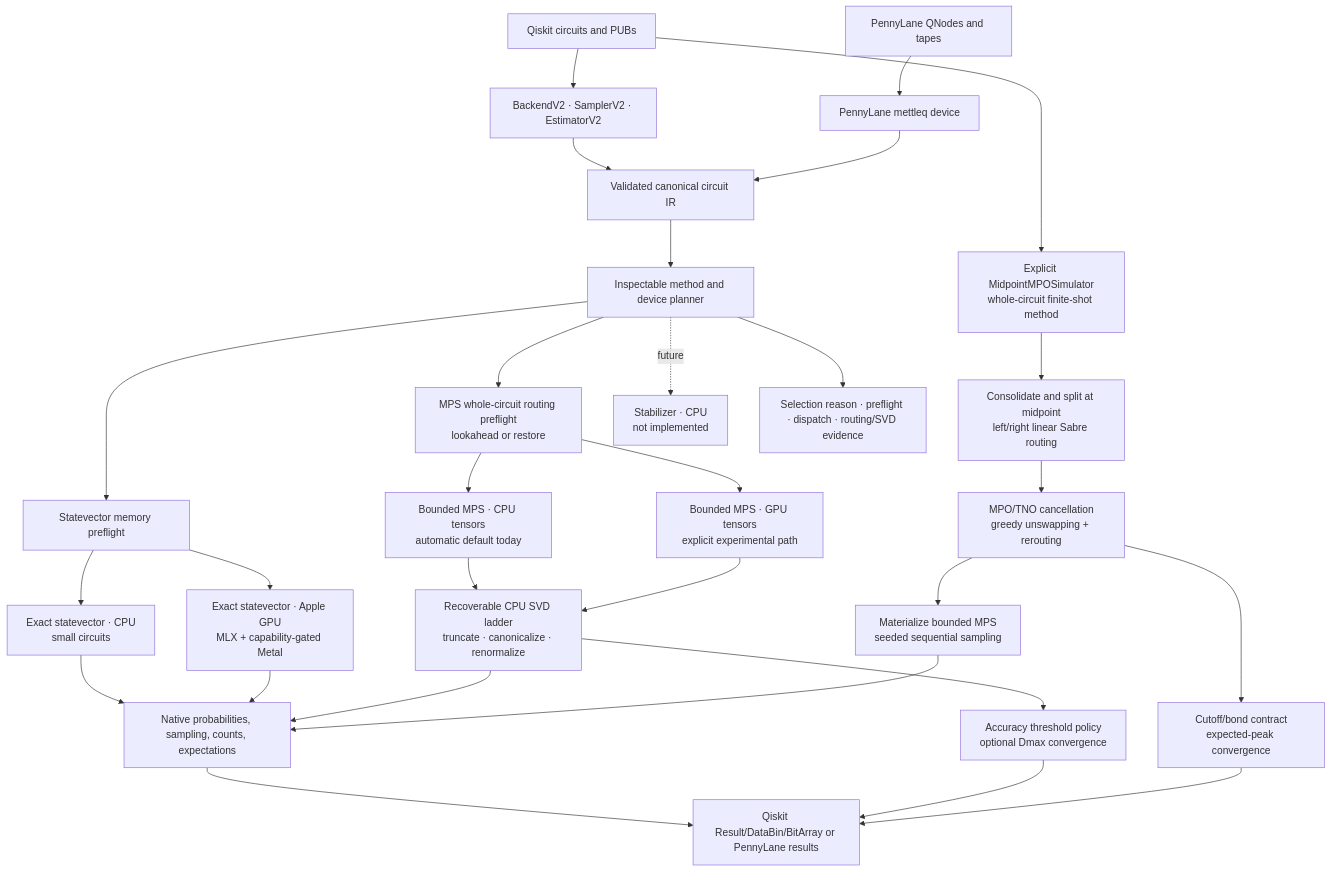
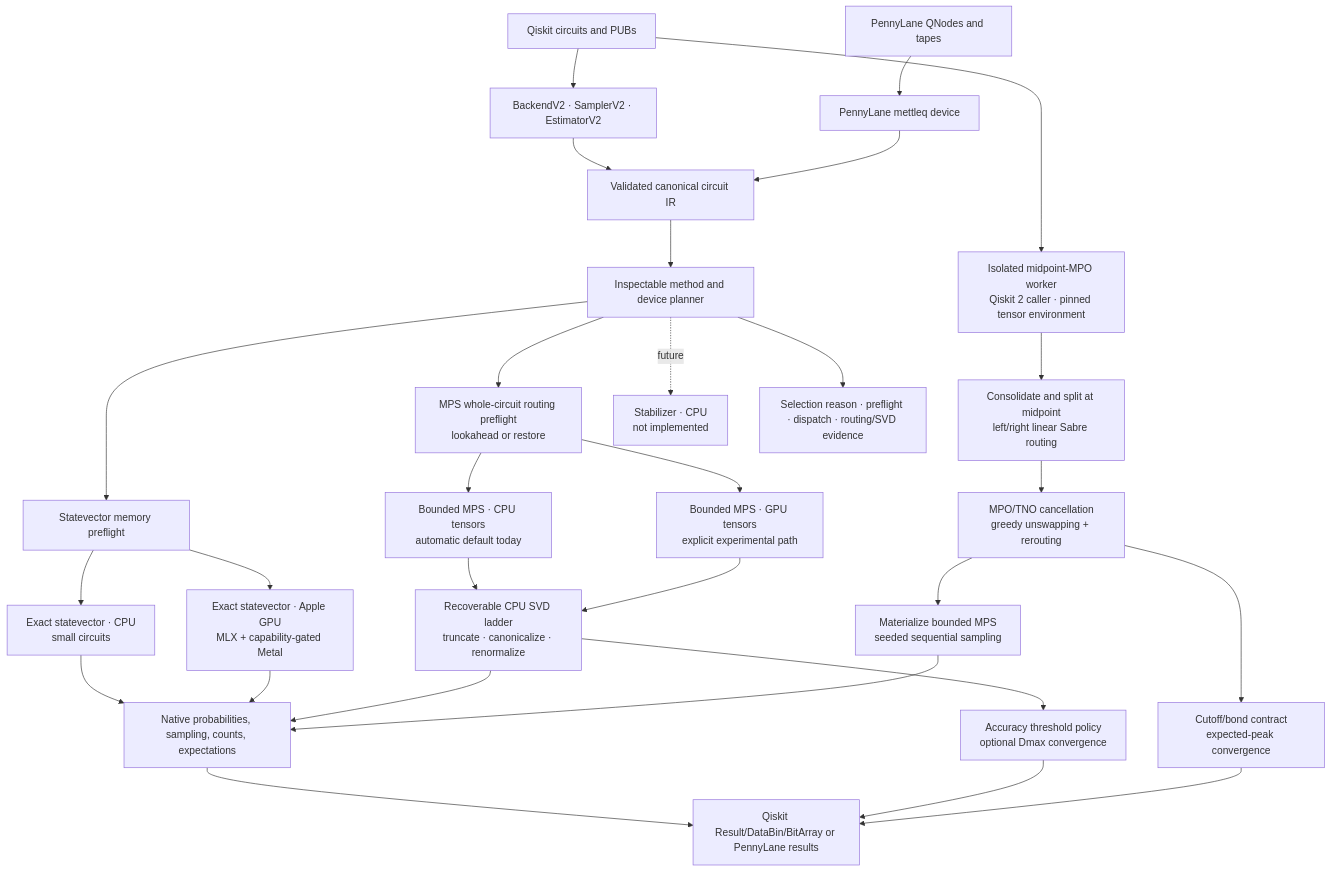
The diagram in README.md (MonitSharma/MettleQ), drawn with Mermaid before and after one commit. The commit also changed other lines of this file and 1 other file, not shown here.

Commit message:
Document isolated midpoint MPO workflow

````diff
--- a/README.md
+++ b/README.md
@@ -374,34 +382,34 @@
 ```mermaid
 flowchart TB
     QISKIT["Qiskit circuits and PUBs"] --> QAPI["BackendV2 · SamplerV2 · EstimatorV2"]
-    QISKIT --> MPOAPI["Explicit MidpointMPOSimulator<br/>whole-circuit finite-shot method"]
+    QISKIT --> MPOAPI["Isolated midpoint-MPO worker<br/>Qiskit 2 caller · pinned tensor environment"]
     PL["PennyLane QNodes and tapes"] --> PAPI["PennyLane mettleq device"]
     QAPI --> IR["Validated canonical circuit IR"]
     PAPI --> IR
     IR --> PLAN["Inspectable method and device planner"]
 
     PLAN --> SVSAFE["Statevector memory preflight"]
     SVSAFE --> SVCPU["Exact statevector · CPU<br/>small circuits"]
     SVSAFE --> SVGPU["Exact statevector · Apple GPU<br/>MLX + capability-gated Metal"]
 
     PLAN --> ROUTE["MPS whole-circuit routing preflight<br/>lookahead or restore"]
     ROUTE --> MPSCPU["Bounded MPS · CPU tensors<br/>automatic default today"]
     ROUTE --> MPSGPU["Bounded MPS · GPU tensors<br/>explicit experimental path"]
     MPSCPU --> SPLIT["Recoverable CPU SVD ladder<br/>truncate · canonicalize · renormalize"]
     MPSGPU --> SPLIT
     MPOAPI --> MIDPOINT["Consolidate and split at midpoint<br/>left/right linear Sabre routing"]
     MIDPOINT --> UNSWAP["MPO/TNO cancellation<br/>greedy unswapping + rerouting"]
     UNSWAP --> MPOSAMPLE["Materialize bounded MPS<br/>seeded sequential sampling"]
     PLAN -. future .-> STAB["Stabilizer · CPU<br/>not implemented"]
 
     SVCPU --> MEASURE["Native probabilities, sampling, counts, expectations"]
     SVGPU --> MEASURE
     SPLIT --> MEASURE
     MPOSAMPLE --> MEASURE
     MEASURE --> RESULTS["Qiskit Result/DataBin/BitArray or PennyLane results"]
     SPLIT --> TRUST["Accuracy threshold policy<br/>optional Dmax convergence"]
     UNSWAP --> MPOTRUST["Cutoff/bond contract<br/>expected-peak convergence"]
     TRUST --> RESULTS
     MPOTRUST --> RESULTS
     PLAN --> EVIDENCE["Selection reason · preflight · dispatch · routing/SVD evidence"]
 ```
````
